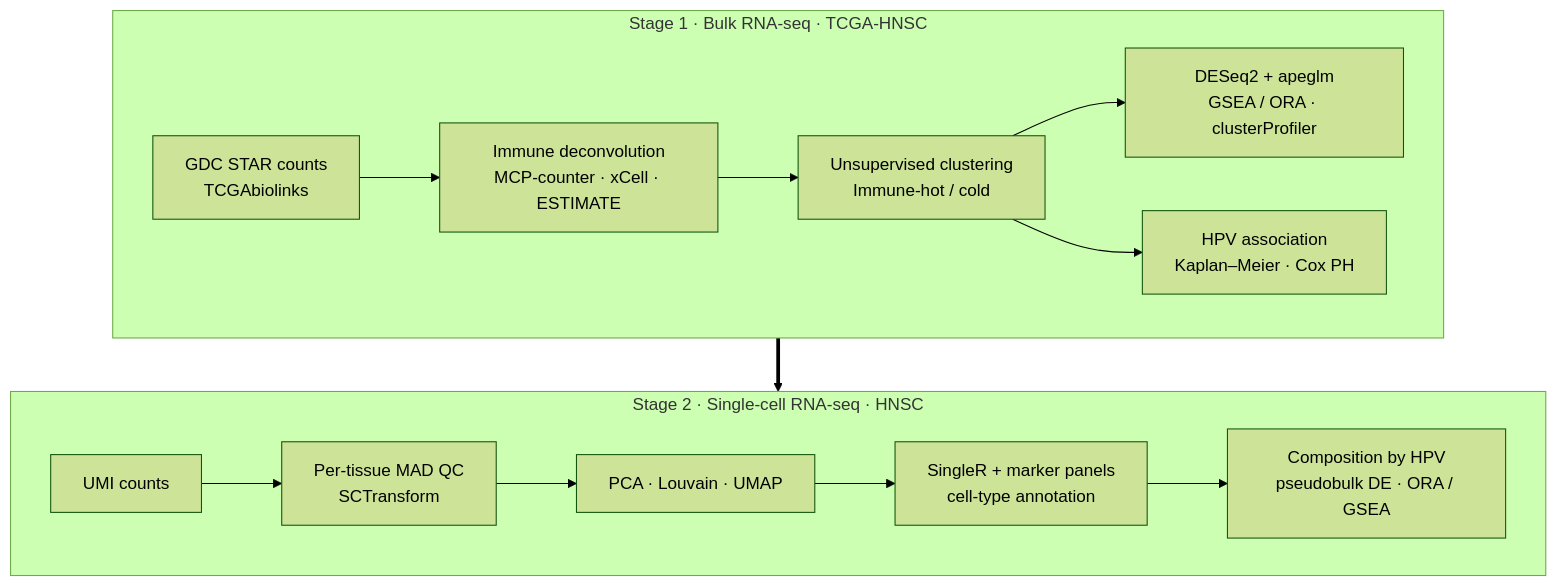
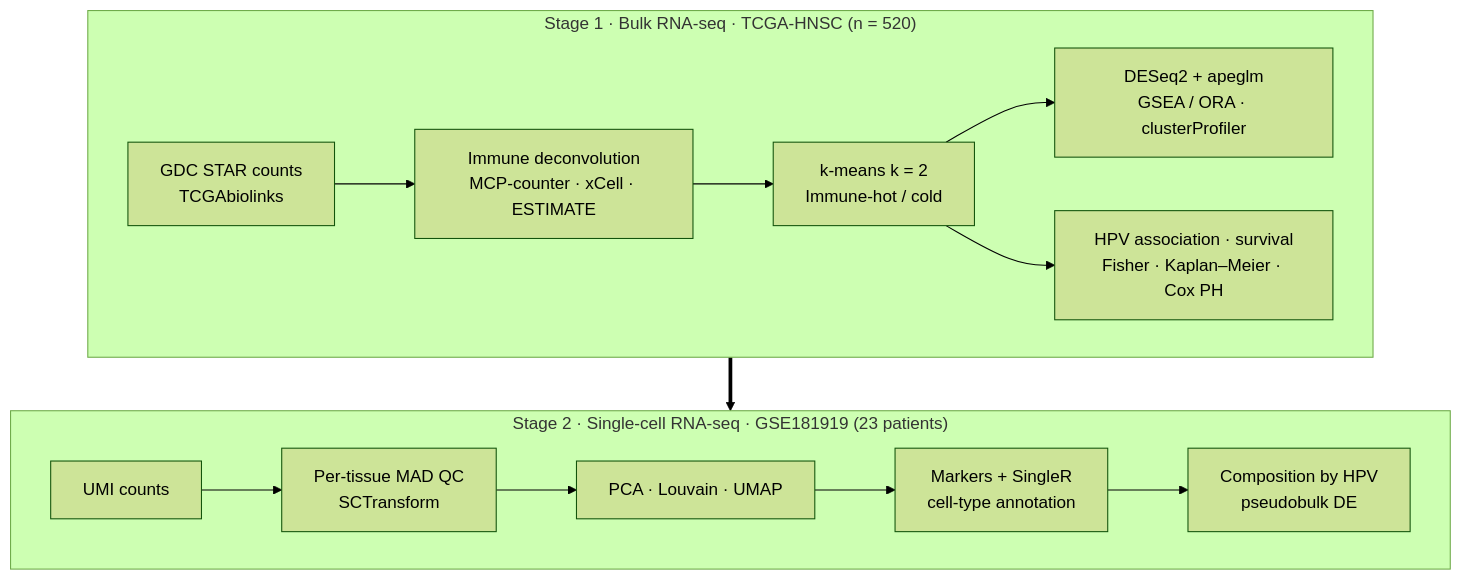
Before and after one commit to bichngochuynh/head-neck-cancer-transcriptomics-analysis-by-R: the diagram in README.md, drawn with Mermaid (forest theme). The commit also changed other lines of this file and 3 other files, not shown here.

````diff
--- a/README.md
+++ b/README.md
@@ -22,18 +29,18 @@
 ```mermaid
 flowchart TB
-    subgraph BULK["Stage 1 · Bulk RNA-seq · TCGA-HNSC"]
+    subgraph BULK["Stage 1 · Bulk RNA-seq · TCGA-HNSC (n = 520)"]
         direction LR
         A[GDC STAR counts<br/>TCGAbiolinks] --> B[Immune deconvolution<br/>MCP-counter · xCell · ESTIMATE]
-        B --> C[Unsupervised clustering<br/>Immune-hot / cold]
+        B --> C[k-means k = 2<br/>Immune-hot / cold]
         C --> D[DESeq2 + apeglm<br/>GSEA / ORA · clusterProfiler]
-        C --> E[HPV association<br/>Kaplan–Meier · Cox PH]
+        C --> E[HPV association · survival<br/>Fisher · Kaplan–Meier · Cox PH]
     end
-    subgraph SC["Stage 2 · Single-cell RNA-seq · HNSC"]
+    subgraph SC["Stage 2 · Single-cell RNA-seq · GSE181919 (23 patients)"]
         direction LR
         F[UMI counts] --> G[Per-tissue MAD QC<br/>SCTransform]
         G --> H[PCA · Louvain · UMAP]
-        H --> I[SingleR + marker panels<br/>cell-type annotation]
-        I --> J[Composition by HPV<br/>pseudobulk DE · ORA / GSEA]
+        H --> I[Markers + SingleR<br/>cell-type annotation]
+        I --> J[Composition by HPV<br/>pseudobulk DE]
     end
     BULK ==> SC
 ```
````
